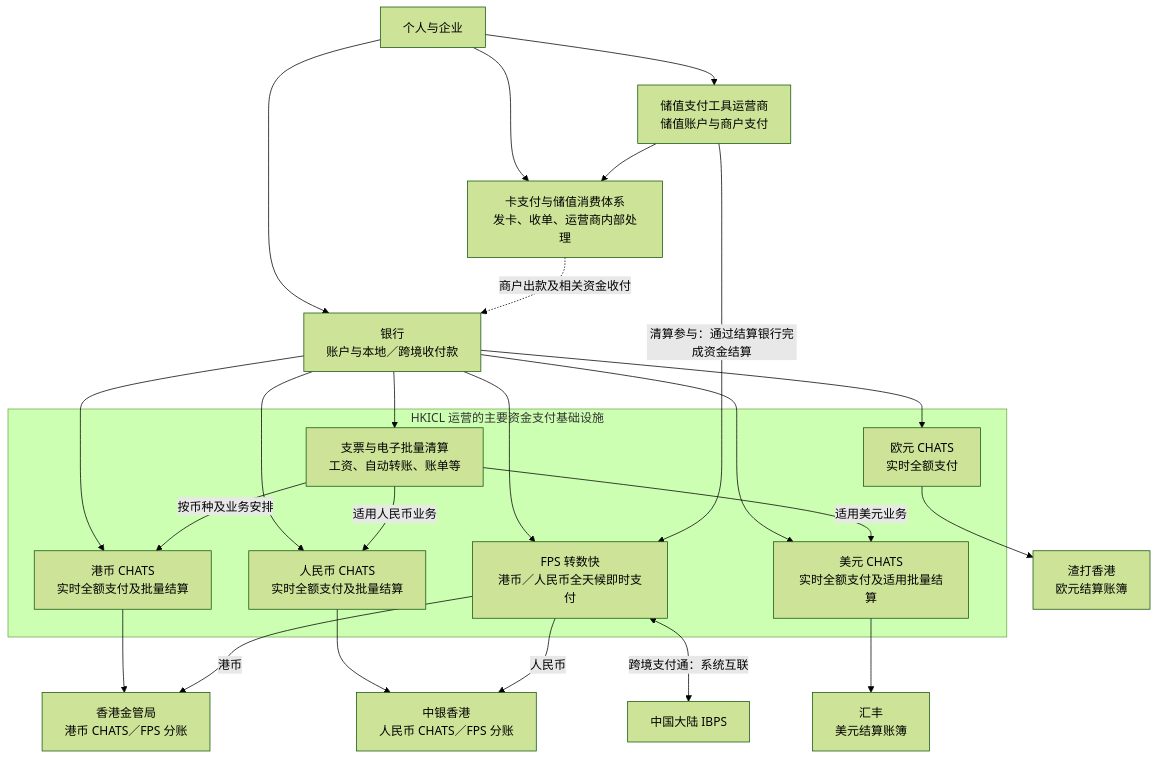
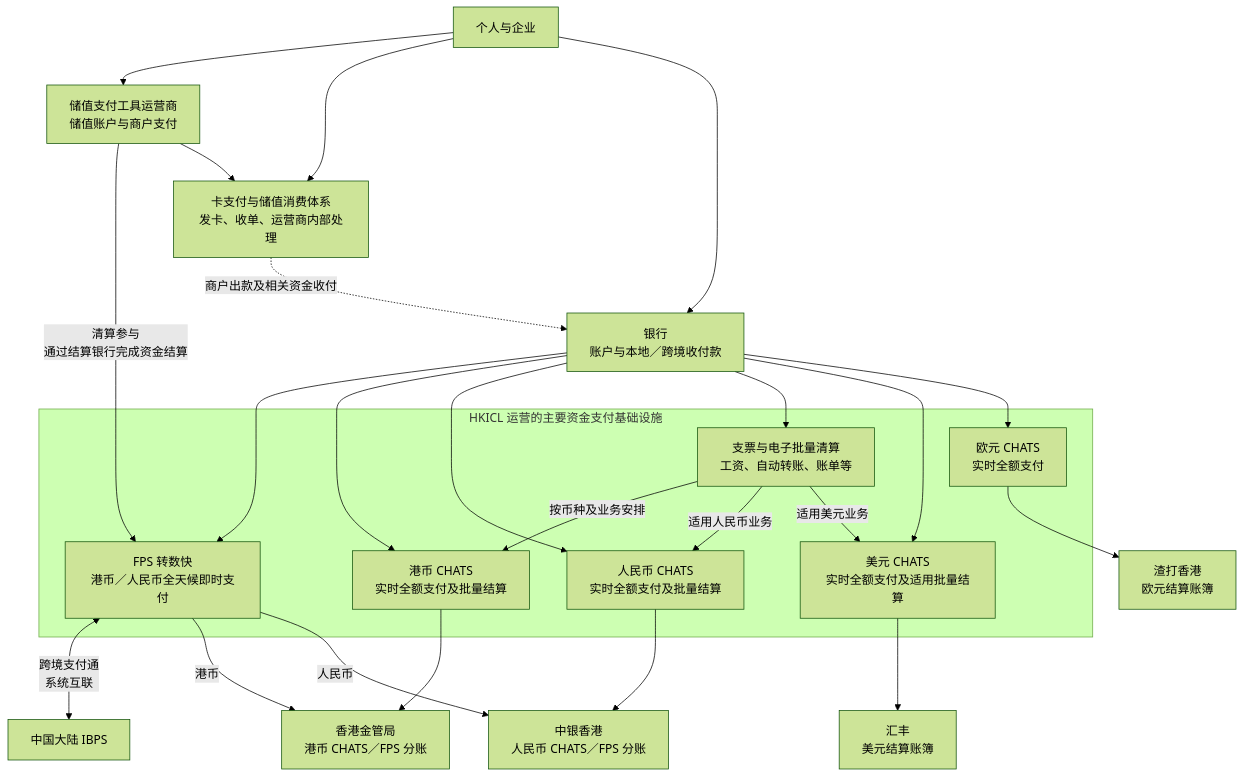
One commit to WCY-dt/blog changed the ninth of 29 diagrams in _posts/2026-09-05-交易模型.md. Above: the diagram before and after it, drawn with Mermaid (forest theme). The commit also changed other lines of this file, not shown here.

````diff
--- a/_posts/2026-09-05-交易模型.md
+++ b/_posts/2026-09-05-交易模型.md
@@ -797,45 +901,46 @@
 ```mermaid
 flowchart TD
     U["个人与企业"]
-    BANK["银行<br/>账户与本地／跨境收付款"]
     SVF["储值支付工具运营商<br/>储值账户与商户支付"]
     RETAIL["卡支付与储值消费体系<br/>发卡、收单、运营商内部处理"]
-
-    U --> BANK
+    BANK["银行<br/>账户与本地／跨境收付款"]
+    
     U --> SVF
     U --> RETAIL
+    U --> BANK
+    SVF -->|"清算参与<br>通过结算银行完成资金结算"| FPS
+    SVF --> RETAIL
     RETAIL -. "商户出款及相关资金收付" .-> BANK
-    SVF --> RETAIL
 
     subgraph HKICL["HKICL 运营的主要资金支付基础设施"]
         FPS["FPS 转数快<br/>港币／人民币全天候即时支付"]
         HKD["港币 CHATS<br/>实时全额支付及批量结算"]
         RMB["人民币 CHATS<br/>实时全额支付及批量结算"]
         USD["美元 CHATS<br/>实时全额支付及适用批量结算"]
         EUR["欧元 CHATS<br/>实时全额支付"]
         BULK["支票与电子批量清算<br/>工资、自动转账、账单等"]
     end
 
-    BANK --> FPS
-    SVF -->|"清算参与：通过结算银行完成资金结算"| FPS
-    BANK --> HKD & RMB & USD & EUR
-    BANK --> BULK
-    BULK -->|"按币种及业务安排"| HKD
-    BULK -->|"适用人民币业务"| RMB
-    BULK -->|"适用美元业务"| USD
-
+    MAINLAND["中国大陆 IBPS"]
     H["香港金管局<br/>港币 CHATS／FPS 分账"]
     R["中银香港<br/>人民币 CHATS／FPS 分账"]
     D["汇丰<br/>美元结算账簿"]
     E["渣打香港<br/>欧元结算账簿"]
 
+    BANK --> FPS
+    FPS <-->|"跨境支付通<br>系统互联"| MAINLAND
+    FPS -->|"港币"| H
+    FPS -->|"人民币"| R
+
+    BANK --> HKD & RMB
+    BANK --> BULK
+    BULK -->|"按币种及业务安排"| HKD
+    BULK -->|"适用人民币业务"| RMB
+    BULK -->|"适用美元业务"| USD
+    BANK --> USD & EUR
+    
     HKD --> H
     RMB --> R
     USD --> D
     EUR --> E
-    FPS -->|"港币"| H
-    FPS -->|"人民币"| R
-
-    MAINLAND["中国大陆 IBPS"]
-    FPS <-->|"跨境支付通：系统互联"| MAINLAND
 ```
````
